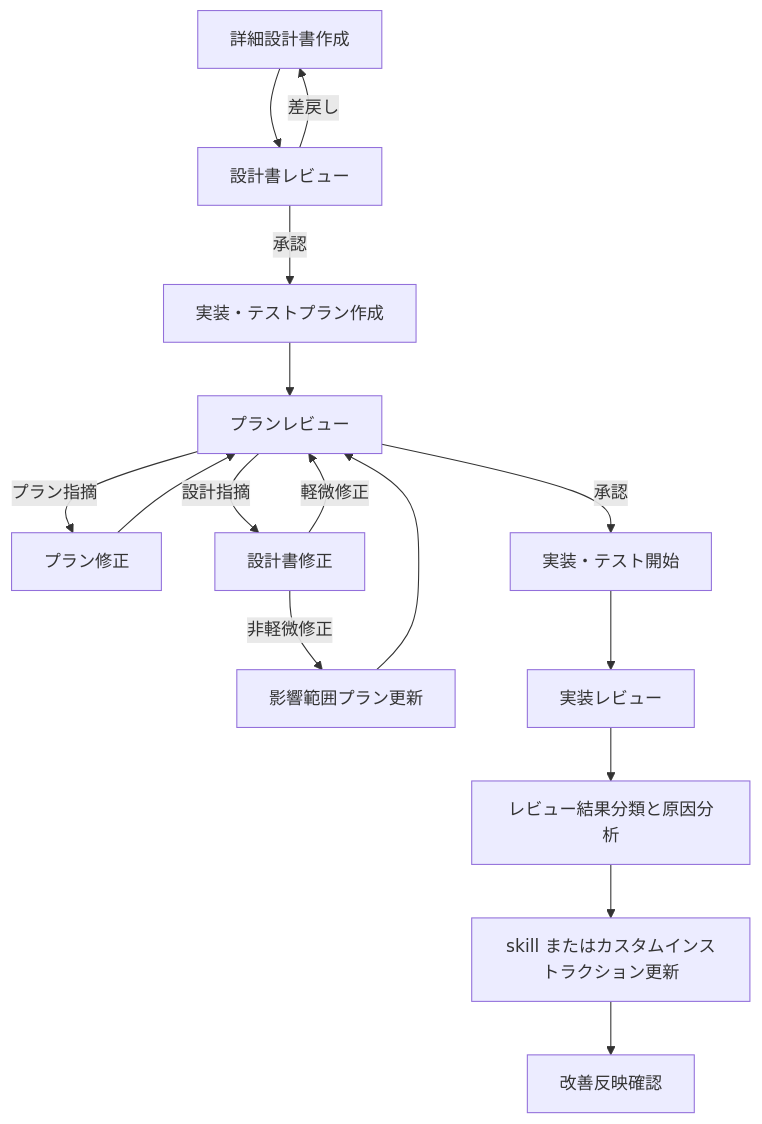
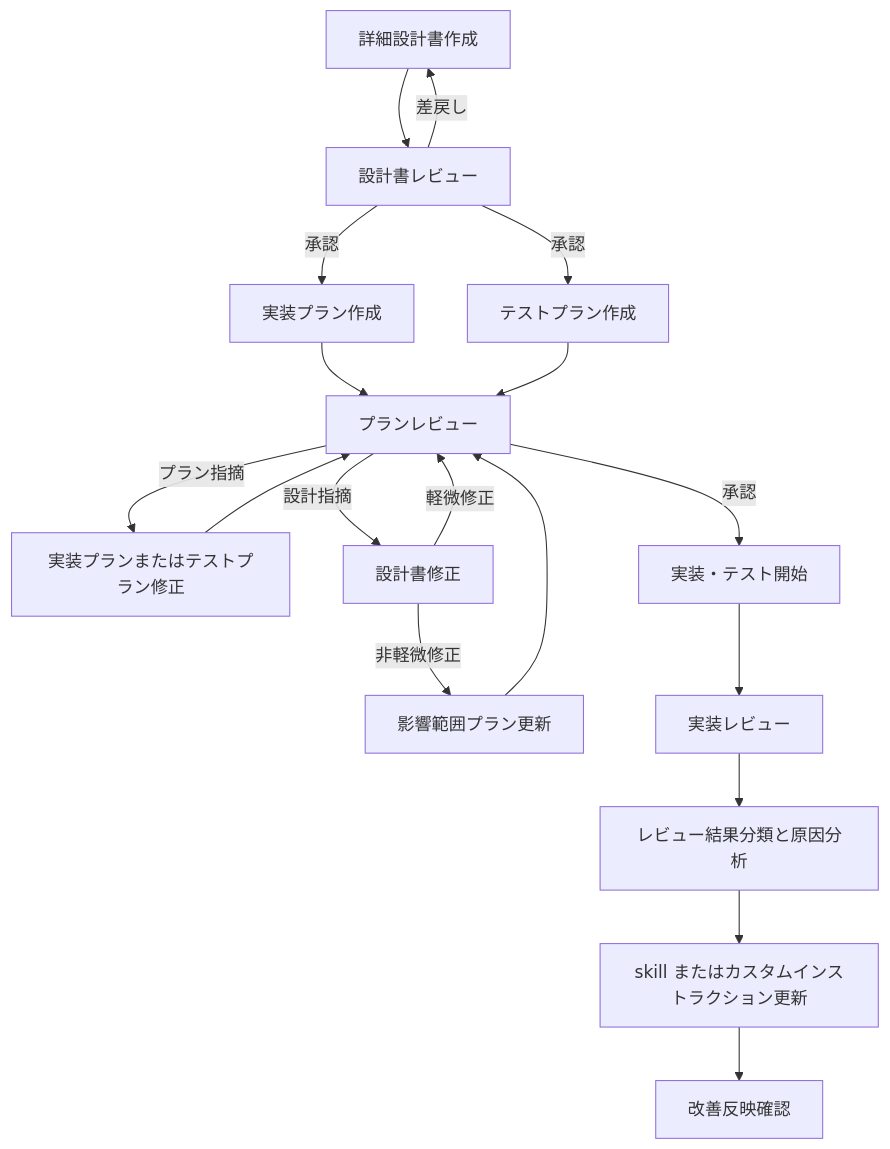
The diagram in workflow-approval-gate-definition.md (Aco-Lone/WaterfallSdd), drawn with Mermaid before and after one commit. The commit also changed other lines of this file and 21 other files, not shown here.

````diff
--- a/workflow-approval-gate-definition.md
+++ b/workflow-approval-gate-definition.md
@@ -140,18 +152,20 @@
 ```mermaid
 flowchart TD
     A[詳細設計書作成] --> B[設計書レビュー]
-    B -->|承認| C[実装・テストプラン作成]
+    B -->|承認| C[実装プラン作成]
+    B -->|承認| D[テストプラン作成]
     B -->|差戻し| A
-    C --> D[プランレビュー]
-    D -->|プラン指摘| E[プラン修正]
-    E --> D
-    D -->|設計指摘| F[設計書修正]
-    F -->|軽微修正| D
-    F -->|非軽微修正| G[影響範囲プラン更新]
-    G --> D
-    D -->|承認| H[実装・テスト開始]
-    H --> I[実装レビュー]
-    I --> J[レビュー結果分類と原因分析]
-    J --> K[skill またはカスタムインストラクション更新]
-    K --> L[改善反映確認]
+    C --> E[プランレビュー]
+    D --> E
+    E -->|プラン指摘| F[実装プランまたはテストプラン修正]
+    F --> E
+    E -->|設計指摘| G[設計書修正]
+    G -->|軽微修正| E
+    G -->|非軽微修正| H[影響範囲プラン更新]
+    H --> E
+    E -->|承認| I[実装・テスト開始]
+    I --> J[実装レビュー]
+    J --> K[レビュー結果分類と原因分析]
+    K --> L[skill またはカスタムインストラクション更新]
+    L --> M[改善反映確認]
 ```
````
